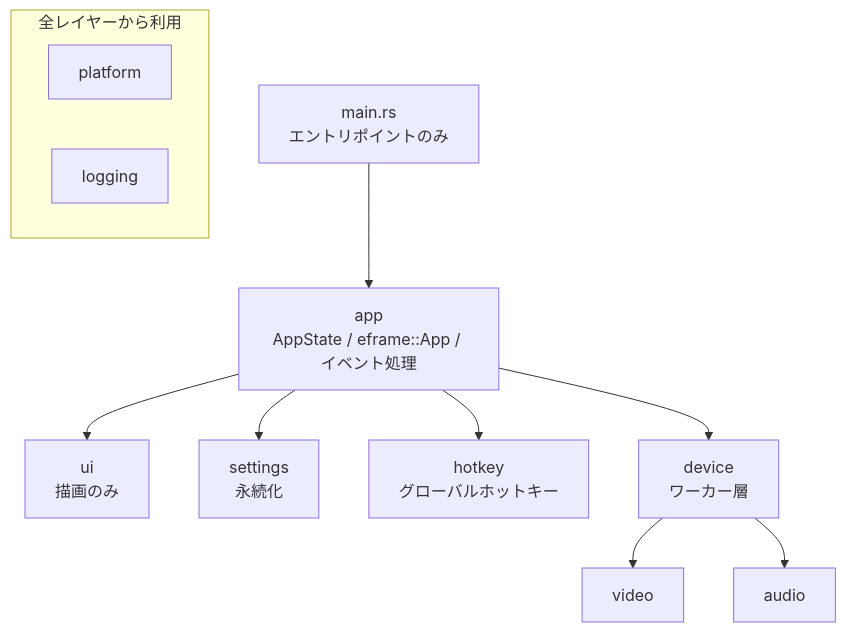
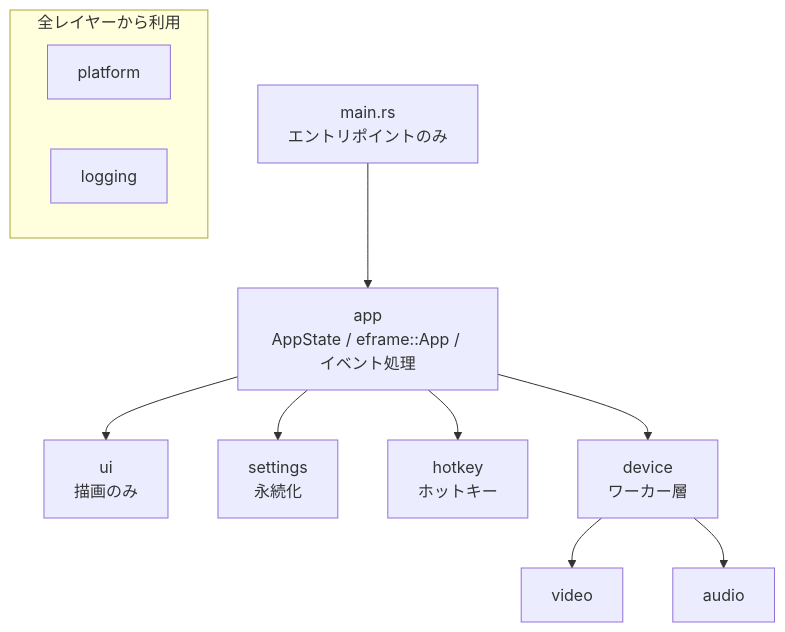
Before and after one commit to Mui-MuiMui/Capturecard_Viewer: the first of 4 diagrams in docs/ARCHITECTURE.md, drawn with Mermaid. The commit also changed other lines of this file and 9 other files, not shown here.

````diff
--- a/docs/ARCHITECTURE.md
+++ b/docs/ARCHITECTURE.md
@@ -22,26 +22,26 @@
 ```mermaid
 flowchart TD
     main["main.rs<br/>エントリポイントのみ"]
     app["app<br/>AppState / eframe::App / イベント処理"]
     ui["ui<br/>描画のみ"]
     settings["settings<br/>永続化"]
-    hotkey["hotkey<br/>グローバルホットキー"]
+    hotkey["hotkey<br/>ホットキー"]
     device["device<br/>ワーカー層"]
     video["video"]
     audio["audio"]
     platform["platform"]
     logging["logging"]
 
     main --> app
     app --> ui
     app --> settings
     app --> hotkey
     app --> device
     device --> video
     device --> audio
 
     subgraph shared ["全レイヤーから利用"]
         platform
         logging
     end
 ```
````
